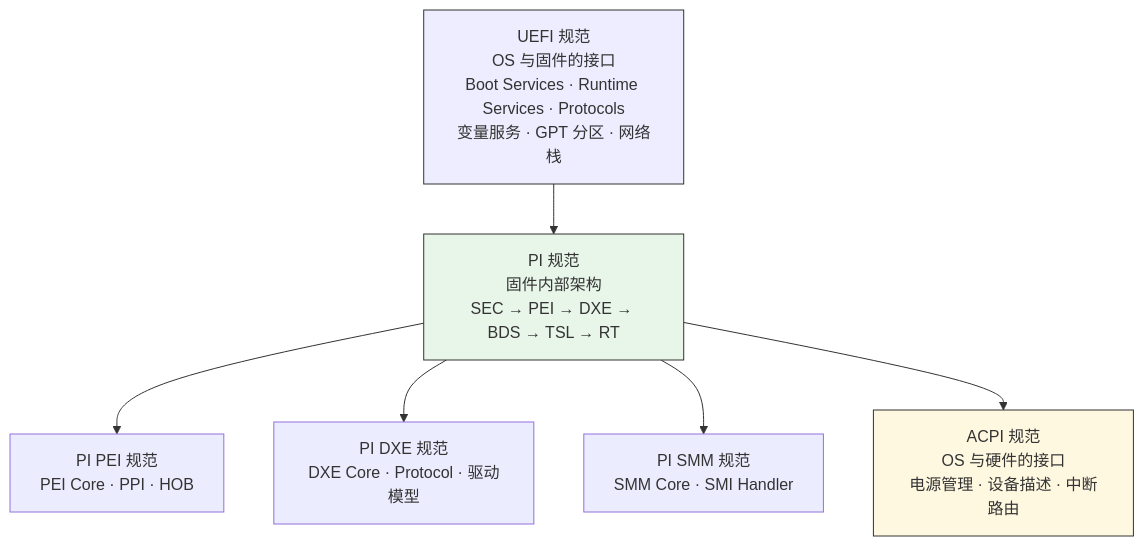
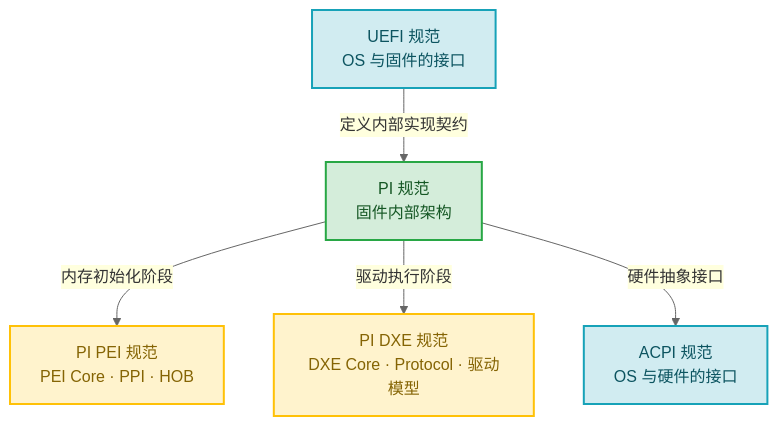
Before and after one commit to swjtuer326/cs-learning-notes: the diagram in edk2/00-overview.md, drawn with Mermaid. The commit also changed other lines of this file and 10 other files, not shown here.

````diff
--- a/edk2/00-overview.md
+++ b/edk2/00-overview.md
@@ -41,32 +58,21 @@
 ```mermaid
-%%{init: {"theme": "base", "themeVariables": {\
-    "primaryColor": "#EEEDFF",\
-    "primaryTextColor": "#333333",\
-    "primaryBorderColor": "#8B7EC8",\
-    "secondaryColor": "#FFF8E1",\
-    "secondaryTextColor": "#333333",\
-    "secondaryBorderColor": "#FFB300",\
-    "tertiaryColor": "#F5F5F5",\
-    "tertiaryTextColor": "#333333",\
-    "tertiaryBorderColor": "#9E9E9E",\
-    "lineColor": "#888888",\
-    "textColor": "#333333",\
-    "fontFamily": "\"trebuchet ms\", verdana, arial, sans-serif"}}}%%
+%%{init: {"theme": "base", "themeVariables": {"primaryColor": "#ECECFF", "primaryTextColor": "#333333", "primaryBorderColor": "#9370DB", "lineColor": "#666666", "secondaryColor": "#ffffde", "secondaryBorderColor": "#aaaa33", "tertiaryColor": "#f0f0f0", "fontFamily": "\"trebuchet ms\", verdana, arial, sans-serif"}}}%%
 flowchart TD
-    UEFI["UEFI 规范<br/>OS 与固件的接口<br/>Boot Services · Runtime Services · Protocols<br/>变量服务 · GPT 分区 · 网络栈"]
-    PI["PI 规范<br/>固件内部架构<br/>SEC → PEI → DXE → BDS → TSL → RT"]
-    PI_PEI["PI PEI 规范<br/>PEI Core · PPI · HOB"]
-    PI_DXE["PI DXE 规范<br/>DXE Core · Protocol · 驱动模型"]
-    PI_SMM["PI SMM 规范<br/>SMM Core · SMI Handler"]
-    ACPI["ACPI 规范<br/>OS 与硬件的接口<br/>电源管理 · 设备描述 · 中断路由"]
+    UefiSpec["UEFI 规范<br/>OS 与固件的接口"]
+    PiSpec["PI 规范<br/>固件内部架构"]
+    PiPeiSpec["PI PEI 规范<br/>PEI Core · PPI · HOB"]
+    PiDxeSpec["PI DXE 规范<br/>DXE Core · Protocol · 驱动模型"]
+    AcpiSpec["ACPI 规范<br/>OS 与硬件的接口"]
 
-    UEFI --> PI
-    PI --> PI_PEI
-    PI --> PI_DXE
-    PI --> PI_SMM
-    PI --> ACPI
+    UefiSpec -->|定义内部实现契约| PiSpec
+    PiSpec -->|内存初始化阶段| PiPeiSpec
+    PiSpec -->|驱动执行阶段| PiDxeSpec
+    PiSpec -->|硬件抽象接口| AcpiSpec
 
-    style UEFI fill:#EEEDFF,stroke:#333
-    style PI fill:#E8F5E9,stroke:#333
-    style ACPI fill:#FFF8E1,stroke:#333
+    classDef info fill:#d1ecf1,stroke:#17a2b8,color:#0c5460,stroke-width:2px
+    classDef success fill:#d4edda,stroke:#28a745,color:#155724,stroke-width:2px
+    classDef warning fill:#fff3cd,stroke:#ffc107,color:#856404,stroke-width:2px
+    class UefiSpec,AcpiSpec info
+    class PiSpec success
+    class PiPeiSpec,PiDxeSpec warning
 ```
````
